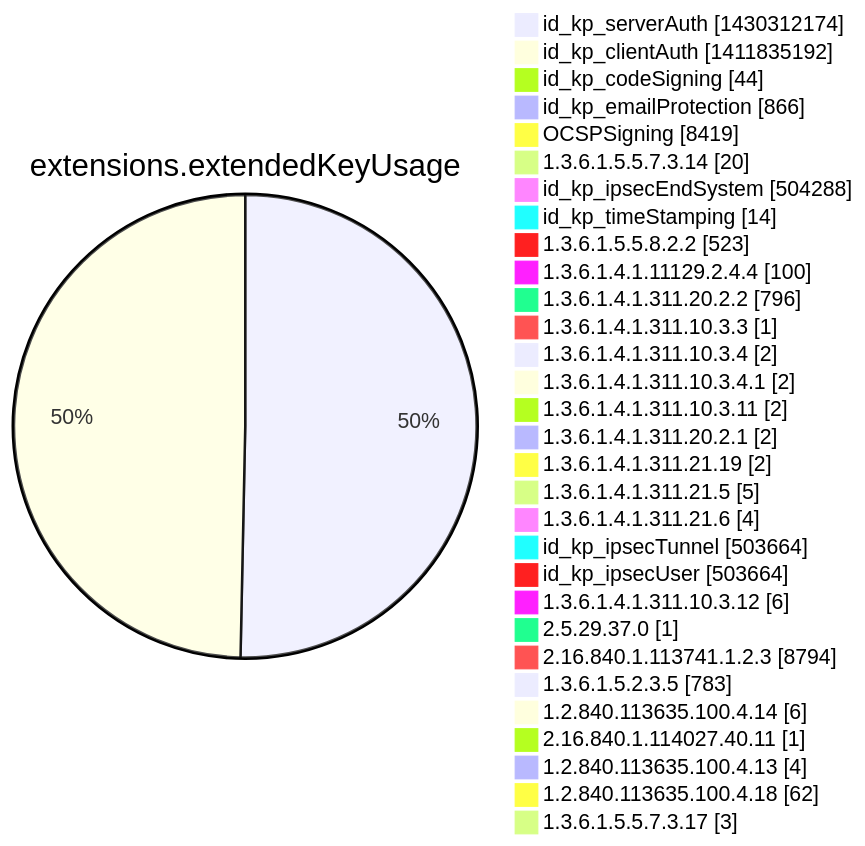
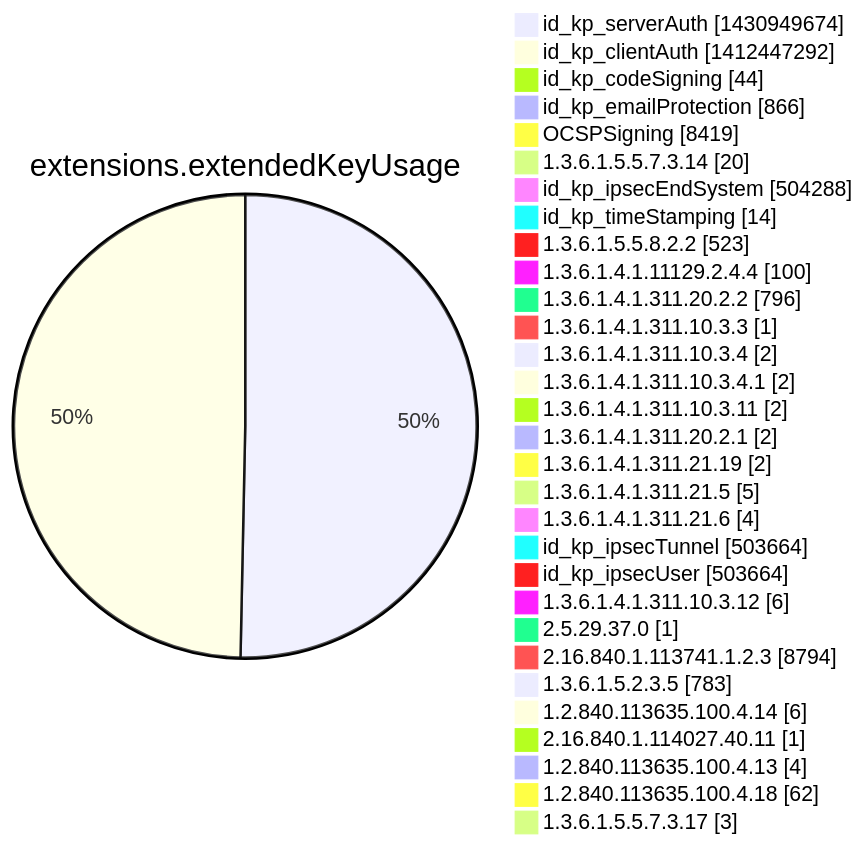
One commit to christiankrug/ctmonitor_visualization changed diagram 12 of 15 in argon2022/README.md. Above: the diagram before and after it, drawn with Mermaid. The commit also changed other lines of this file, not shown here.

````diff
--- a/argon2022/README.md
+++ b/argon2022/README.md
@@ -3555,34 +3555,34 @@
 ```mermaid
 pie showData
 title extensions.extendedKeyUsage
-"id_kp_serverAuth" :1430312174
-"id_kp_clientAuth" :1411835192
+"id_kp_serverAuth" :1430949674
+"id_kp_clientAuth" :1412447292
 "id_kp_codeSigning" :44
 "id_kp_emailProtection" :866
 "OCSPSigning" :8419
 "1.3.6.1.5.5.7.3.14" :20
 "id_kp_ipsecEndSystem" :504288
 "id_kp_timeStamping" :14
 "1.3.6.1.5.5.8.2.2" :523
 "1.3.6.1.4.1.11129.2.4.4" :100
 "1.3.6.1.4.1.311.20.2.2" :796
 "1.3.6.1.4.1.311.10.3.3" :1
 "1.3.6.1.4.1.311.10.3.4" :2
 "1.3.6.1.4.1.311.10.3.4.1" :2
 "1.3.6.1.4.1.311.10.3.11" :2
 "1.3.6.1.4.1.311.20.2.1" :2
 "1.3.6.1.4.1.311.21.19" :2
 "1.3.6.1.4.1.311.21.5" :5
 "1.3.6.1.4.1.311.21.6" :4
 "id_kp_ipsecTunnel" :503664
 "id_kp_ipsecUser" :503664
 "1.3.6.1.4.1.311.10.3.12" :6
 "2.5.29.37.0" :1
 "2.16.840.1.113741.1.2.3" :8794
 "1.3.6.1.5.2.3.5" :783
 "1.2.840.113635.100.4.14" :6
 "2.16.840.1.114027.40.11" :1
 "1.2.840.113635.100.4.13" :4
 "1.2.840.113635.100.4.18" :62
 "1.3.6.1.5.5.7.3.17" :3
 ```
````
